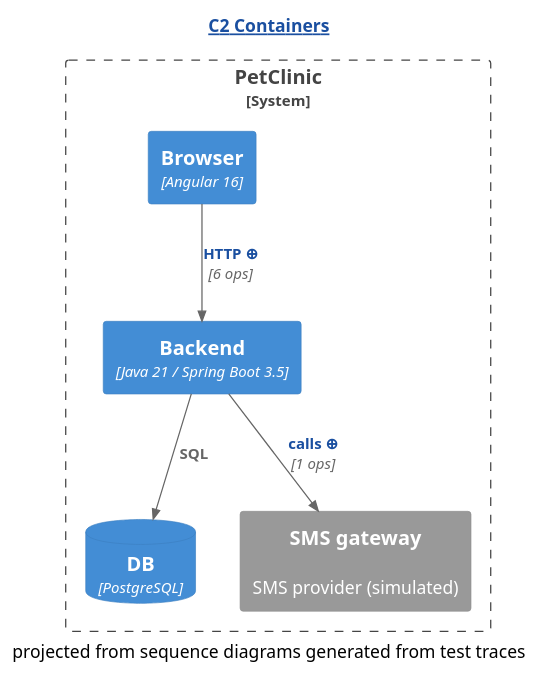
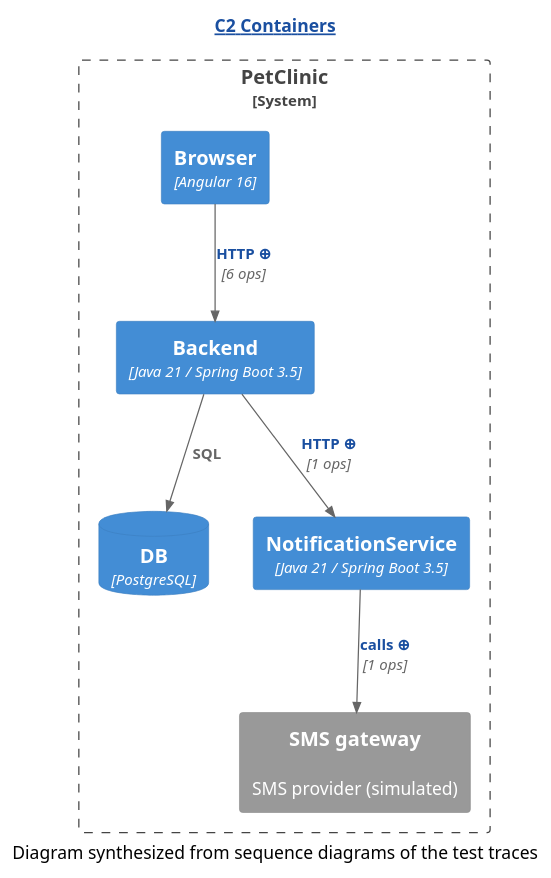
The diagram in demo/petclinic-pr/assets/c2/C2-Containers.new.puml (victorrentea/human-review), drawn with PlantUML before and after one commit. The commit also changed 92 other files, not shown here.

```diff
--- a/demo/petclinic-pr/assets/c2/C2-Containers.new.puml
+++ b/demo/petclinic-pr/assets/c2/C2-Containers.new.puml
@@ -1,18 +1,20 @@
 @startuml
 ' ⚠️  GENERATED — projected from the sequence diagrams by c2-from-sequence.py.
 !include <C4/C4_Container>
 HIDE_STEREOTYPE()
 skinparam hyperlinkUnderline false
 skinparam hyperlinkColor #1A4FA0
 title [[https://c4model.com/diagrams/container{What a container diagram is, on Simon Brown's own site} C2 Containers]]
 System_Boundary(c2_system, "PetClinic") {
   Container(Backend, "Backend", "Java 21 / Spring Boot 3.5", "")
   Container(Browser, "Browser", "Angular 16", "")
   ContainerDb(DB, "DB", "PostgreSQL", "")
+  Container(NotificationService, "NotificationService", "Java 21 / Spring Boot 3.5", "")
   System_Ext(SMS_gateway, "SMS gateway", "SMS provider (simulated)", "")
 }
 Rel(Backend, DB, "SQL", "")
-Rel(Backend, SMS_gateway, "[[genseq://c2-7bea663a3f{Click for the calls behind this line} calls ⊕]]", "1 ops")
+Rel(Backend, NotificationService, "[[genseq://c2-279a196c9d{Click for the calls behind this line} HTTP ⊕]]", "1 ops")
 Rel(Browser, Backend, "[[genseq://c2-75fafaa11f{Click for the calls behind this line} HTTP ⊕]]", "6 ops")
-caption projected from sequence diagrams generated from test traces
+Rel(NotificationService, SMS_gateway, "[[genseq://c2-cb01a30b7a{Click for the calls behind this line} calls ⊕]]", "1 ops")
+caption Diagram synthesized from sequence diagrams of the test traces
 @enduml
```
